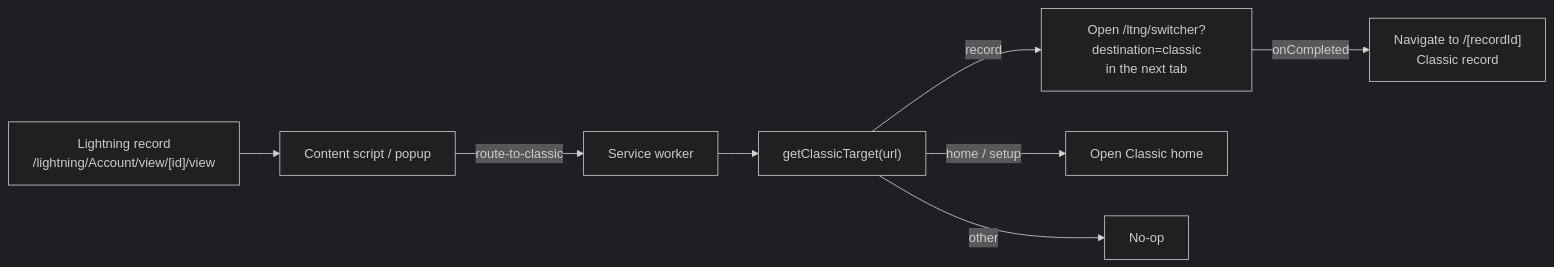
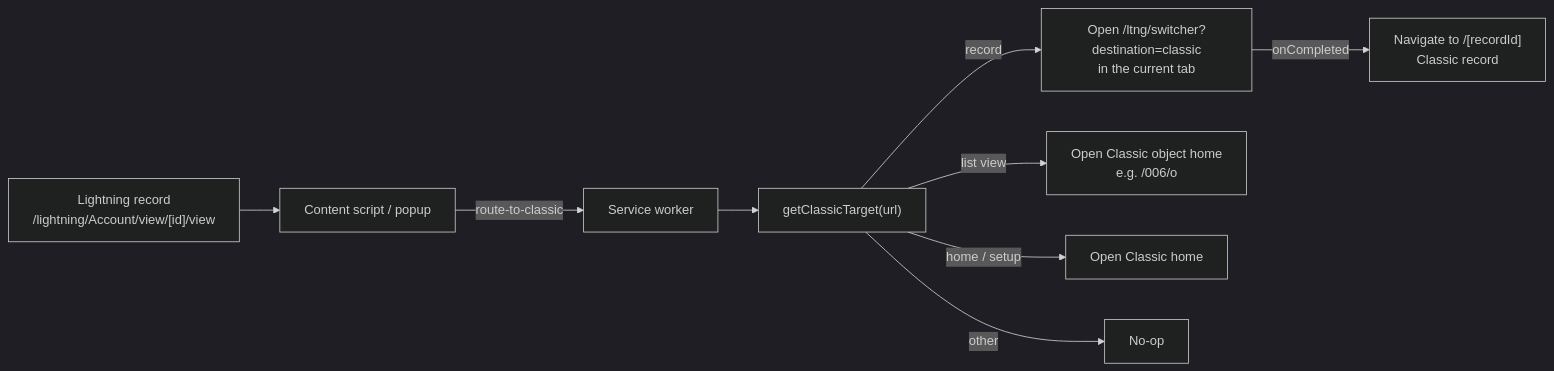
One commit to selegic/switch-to-classic changed the diagram in README.md. Above: the diagram before and after it, drawn with Mermaid (dark theme). The commit also changed other lines of this file and 8 other files, not shown here.

First line of the commit message:
feat: switch in the current tab; open Classic object home from list views (#18)

````diff
--- a/README.md
+++ b/README.md
@@ -61,10 +62,11 @@
 ```mermaid
 flowchart LR
     A["Lightning record<br/>/lightning/Account/view/[id]/view"] --> B["Content script / popup"]
     B -->|"route-to-classic"| C["Service worker"]
     C --> D["getClassicTarget(url)"]
-    D -->|record| E["Open /ltng/switcher?destination=classic<br/>in the next tab"]
+    D -->|record| E["Open /ltng/switcher?destination=classic<br/>in the current tab"]
     E -->|"onCompleted"| F["Navigate to /[recordId]<br/>Classic record"]
+    D -->|list view| I["Open Classic object home<br/>e.g. /006/o"]
     D -->|home / setup| G["Open Classic home"]
     D -->|other| H["No-op"]
 ```
````
